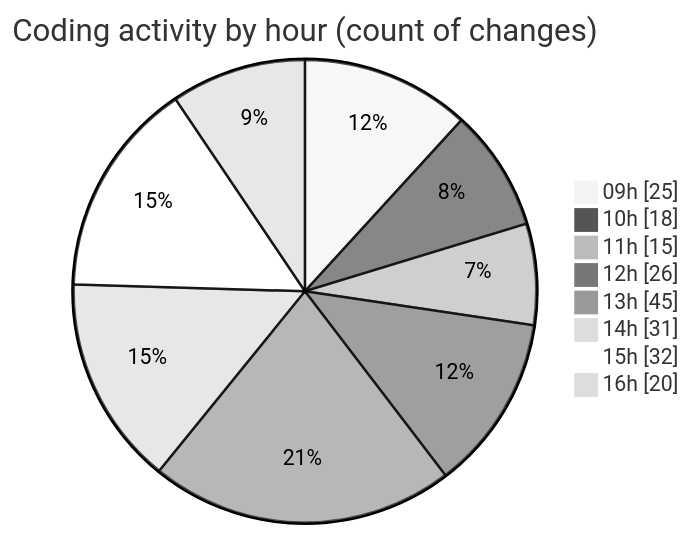
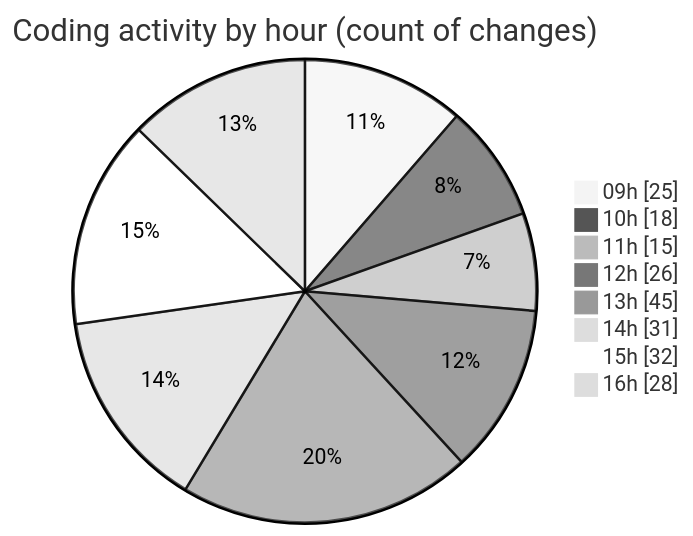
Before and after one commit to momahboobian/code-tracking: the second of 2 diagrams in 2025-03-13/cda/README.md, drawn with Mermaid (neutral theme). The commit also changed other lines of this file and 1 other file, not shown here.

````diff
--- a/2025-03-13/cda/README.md
+++ b/2025-03-13/cda/README.md
@@ -44,12 +44,12 @@
 ```mermaid
 pie showData
 title Coding activity by hour (count of changes)
 "09h" : 25
 "10h" : 18
 "11h" : 15
 "12h" : 26
 "13h" : 45
 "14h" : 31
 "15h" : 32
-"16h" : 20
+"16h" : 28
 ```
````
